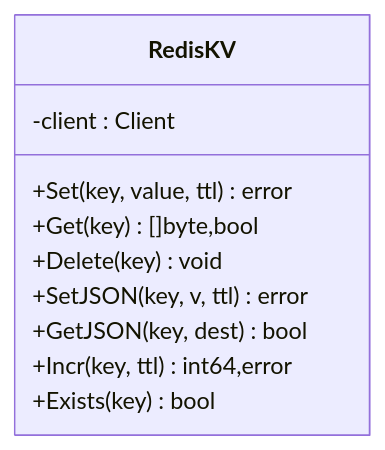
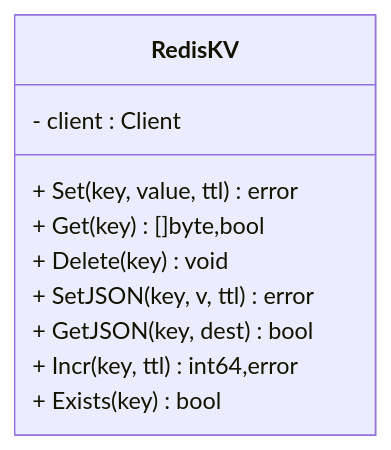
One commit to x01n/My-OpenWaf changed the fourth of 8 diagrams in docs/数据存储层/Redis 集成.md. Above: the diagram before and after it, drawn with Mermaid. The commit also changed other lines of this file and 199 other files, not shown here.

````diff
--- a/docs/数据存储层/Redis 集成.md
+++ b/docs/数据存储层/Redis 集成.md
@@ -166,13 +178,13 @@
 ```mermaid
 classDiagram
 class RedisKV {
--client : Client
-+Set(key, value, ttl) error
-+Get(key) []byte,bool
-+Delete(key) void
-+SetJSON(key, v, ttl) error
-+GetJSON(key, dest) bool
-+Incr(key, ttl) int64,error
-+Exists(key) bool
+- client : Client
++ Set(key, value, ttl) error
++ Get(key) []byte,bool
++ Delete(key) void
++ SetJSON(key, v, ttl) error
++ GetJSON(key, dest) bool
++ Incr(key, ttl) int64,error
++ Exists(key) bool
 }
 ```
````
